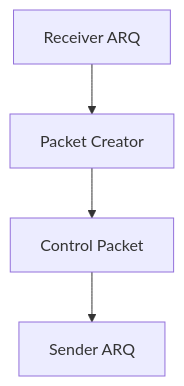
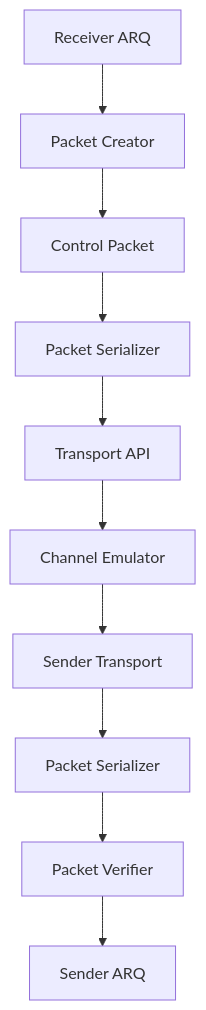
Before and after one commit to Siddharth-Nath-06/Reliable-UDP: the fifth of 8 diagrams in docs/architecture.md, drawn with Mermaid. The commit also changed other lines of this file, not shown here.

Commit message:
correct data flow of packet creation

````diff
--- a/docs/architecture.md
+++ b/docs/architecture.md
@@ -187,12 +209,24 @@
 ```mermaid
 flowchart TD
 
     A[Receiver ARQ]
     B[Packet Creator]
     C[Control Packet]
-    D[Sender ARQ]
+    D[Packet Serializer]
+    E[Transport API]
+    F[Channel Emulator]
+    G[Sender Transport]
+    H[Packet Serializer]
+    I[Packet Verifier]
+    J[Sender ARQ]
 
     A --> B
     B --> C
     C --> D
+    D --> E
+    E --> F
+    F --> G
+    G --> H
+    H --> I
+    I --> J
 ```
````
